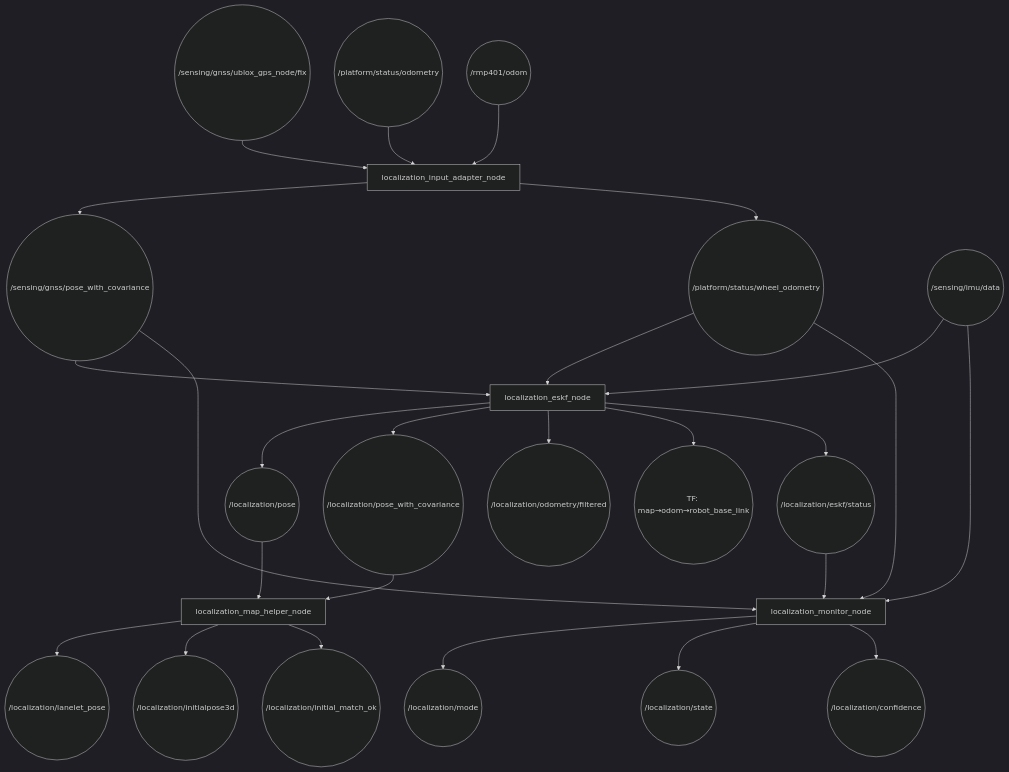
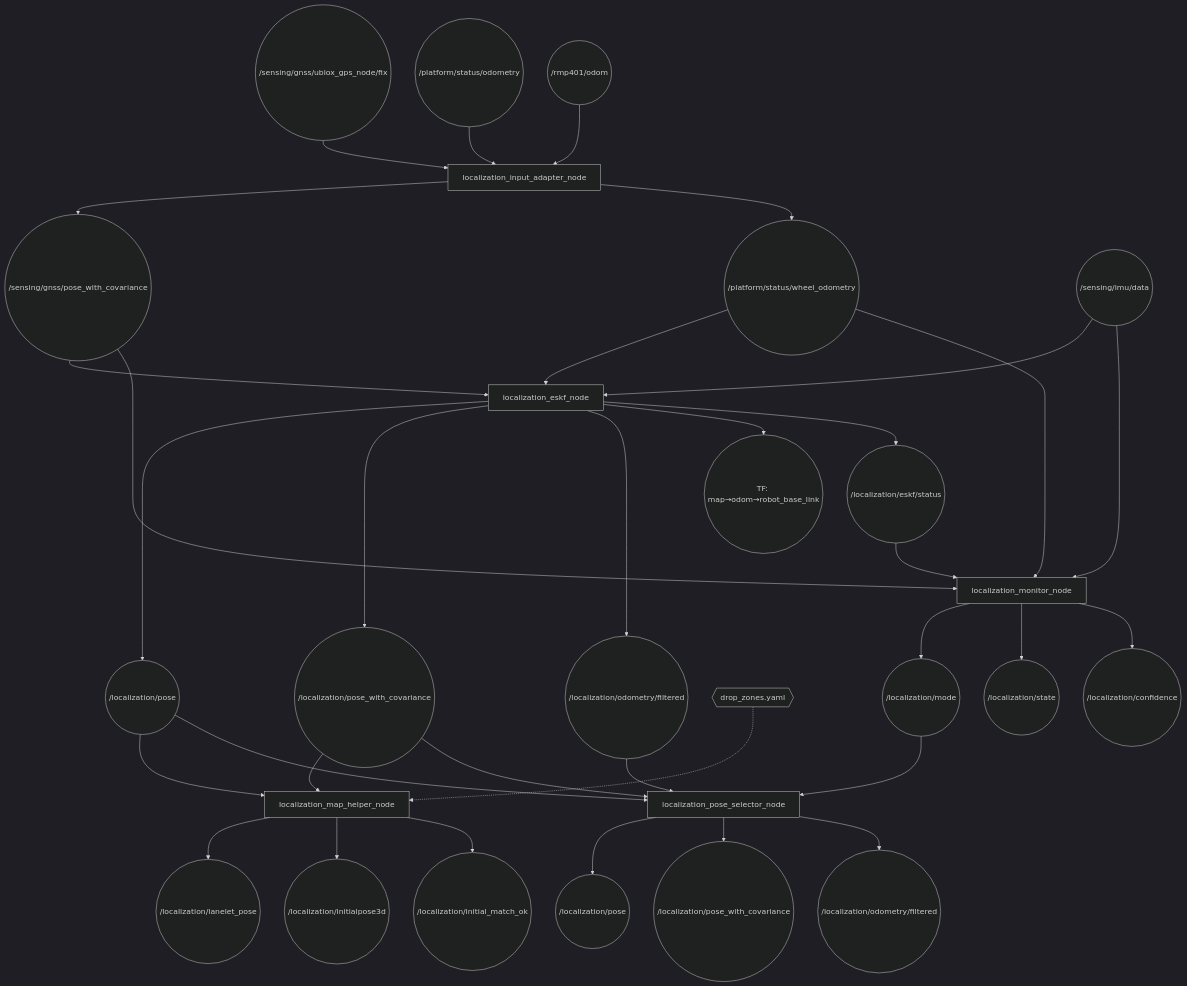
Before and after one commit to hwanhonglee/CAMROD: the second of 4 diagrams in camrod_localization/README.md, drawn with Mermaid (dark theme). The commit also changed other lines of this file and 15 other files, not shown here.

First line of the commit message:
docs: full README refactor — 12-section standard, diagrams, interface contracts (v1.10)

````diff
--- a/camrod_localization/README.md
+++ b/camrod_localization/README.md
@@ -7,31 +55,40 @@
 ```mermaid
 graph TD
   GNSS(("/sensing/gnss/ublox_gps_node/fix")) --> ADAPT[localization_input_adapter_node]
   WHEEL(("/platform/status/odometry")) --> ADAPT
   WFBACK(("/rmp401/odom")) --> ADAPT
   ADAPT --> GNSSPOSE(("/sensing/gnss/pose_with_covariance"))
   ADAPT --> WHEELOUT(("/platform/status/wheel_odometry"))
 
   IMU(("/sensing/imu/data")) --> ESKF[localization_eskf_node]
   GNSSPOSE --> ESKF
   WHEELOUT --> ESKF
   ESKF --> POSE(("/localization/pose"))
   ESKF --> POSECOV(("/localization/pose_with_covariance"))
   ESKF --> ODO(("/localization/odometry/filtered"))
   ESKF --> TF(("TF: map→odom→robot_base_link"))
   ESKF --> ESTAT(("/localization/eskf/status"))
 
   POSE --> MAPHELP[localization_map_helper_node]
   POSECOV --> MAPHELP
+  DZFILE{{drop_zones.yaml}} -.-> MAPHELP
   MAPHELP --> LPOSE(("/localization/lanelet_pose"))
   MAPHELP --> INITPOSE(("/localization/initialpose3d"))
   MAPHELP --> MATCHOK(("/localization/initial_match_ok"))
 
   GNSSPOSE --> MON[localization_monitor_node]
   IMU --> MON
   WHEELOUT --> MON
   ESTAT --> MON
   MON --> MODE(("/localization/mode"))
   MON --> STATE(("/localization/state"))
   MON --> CONF(("/localization/confidence"))
+
+  POSE --> SEL[localization_pose_selector_node]
+  POSECOV --> SEL
+  ODO --> SEL
+  MODE --> SEL
+  SEL --> SELPOSE(("/localization/pose"))
+  SEL --> SELPOSECOV(("/localization/pose_with_covariance"))
+  SEL --> SELODO(("/localization/odometry/filtered"))
 ```
````
